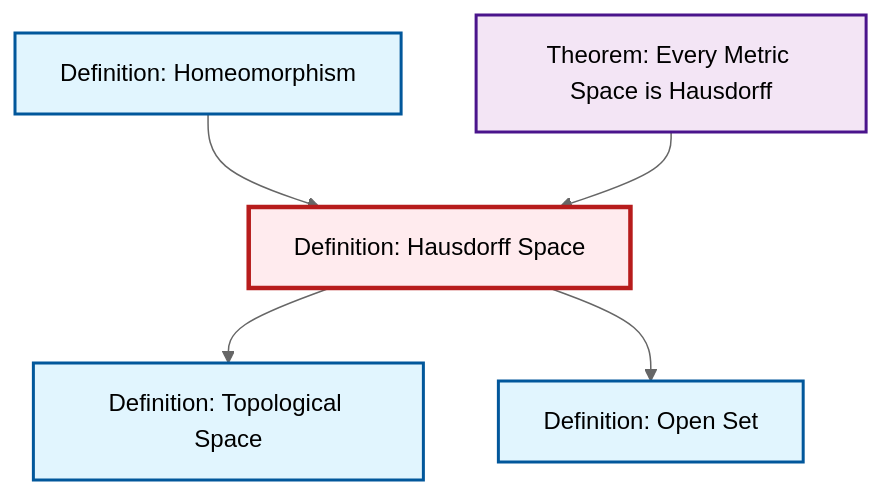
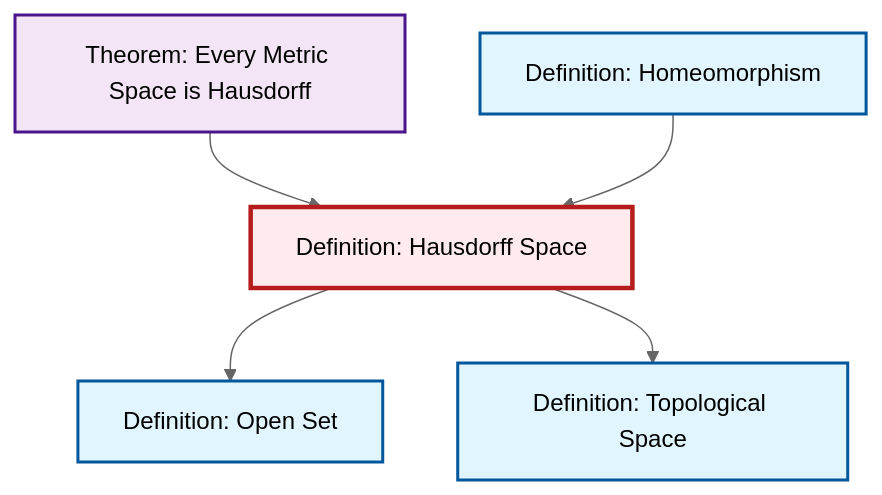
Before and after one commit to RK0429/ModernMath: the diagram in content/en/topology/def-hausdorff.qmd, drawn with Mermaid (neutral theme). The commit also changed other lines of this file and 554 other files, not shown here.

````diff
--- a/content/en/topology/def-hausdorff.qmd
+++ b/content/en/topology/def-hausdorff.qmd
@@ -53,23 +53,23 @@
 ```{mermaid}
 %%| fig-cap: "Local dependency graph"
 graph TD
     classDef definition fill:#e1f5fe,stroke:#01579b,stroke-width:2px
     classDef theorem fill:#f3e5f5,stroke:#4a148c,stroke-width:2px
     classDef axiom fill:#fff3e0,stroke:#e65100,stroke-width:2px
     classDef example fill:#e8f5e9,stroke:#1b5e20,stroke-width:2px
     classDef current fill:#ffebee,stroke:#b71c1c,stroke-width:3px
     thm-metric-hausdorff["Theorem: Every Metric Space is Hausdorff"]:::theorem
-    def-homeomorphism["Definition: Homeomorphism"]:::definition
-    def-topological-space["Definition: Topological Space"]:::definition
     def-hausdorff["Definition: Hausdorff Space"]:::definition
     def-open-set["Definition: Open Set"]:::definition
+    def-topological-space["Definition: Topological Space"]:::definition
+    def-homeomorphism["Definition: Homeomorphism"]:::definition
+    def-hausdorff --> def-open-set
     def-hausdorff --> def-topological-space
+    thm-metric-hausdorff --> def-hausdorff
     def-homeomorphism --> def-hausdorff
-    thm-metric-hausdorff --> def-hausdorff
-    def-hausdorff --> def-open-set
     class def-hausdorff current
     click thm-metric-hausdorff "thm-metric-hausdorff.html" "Go to Every Metric Space is Hausdorff theorem"
+    click def-open-set "def-open-set.html" "Go to Open Set definition"
+    click def-topological-space "def-topological-space.html" "Go to Topological Space definition"
     click def-homeomorphism "def-homeomorphism.html" "Go to Homeomorphism definition"
-    click def-topological-space "def-topological-space.html" "Go to Topological Space definition"
-    click def-open-set "def-open-set.html" "Go to Open Set definition"
 ```
````
